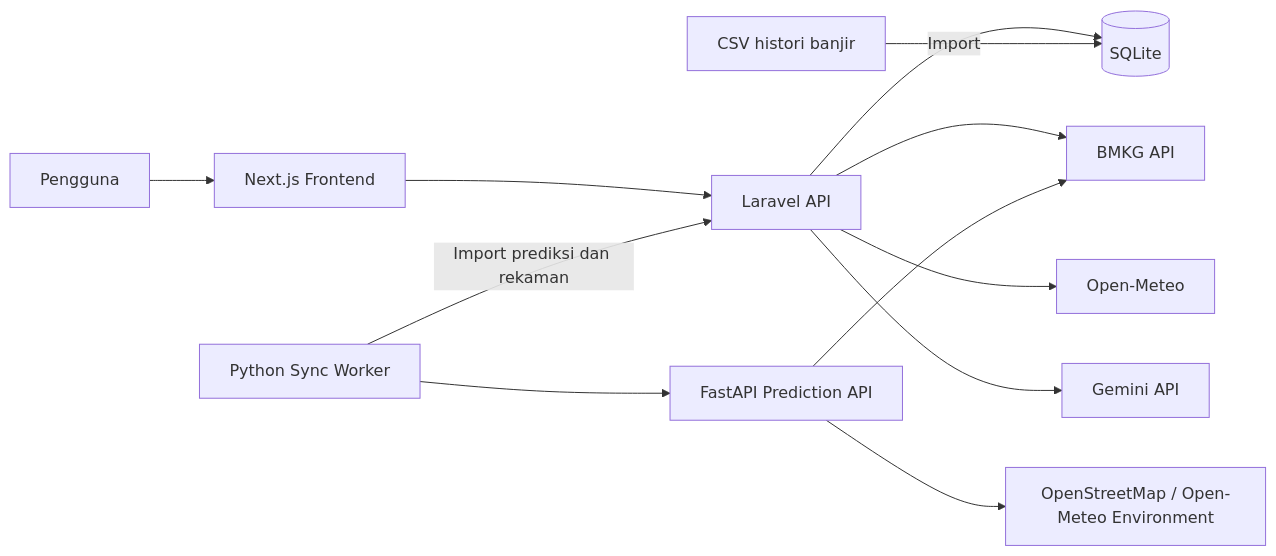
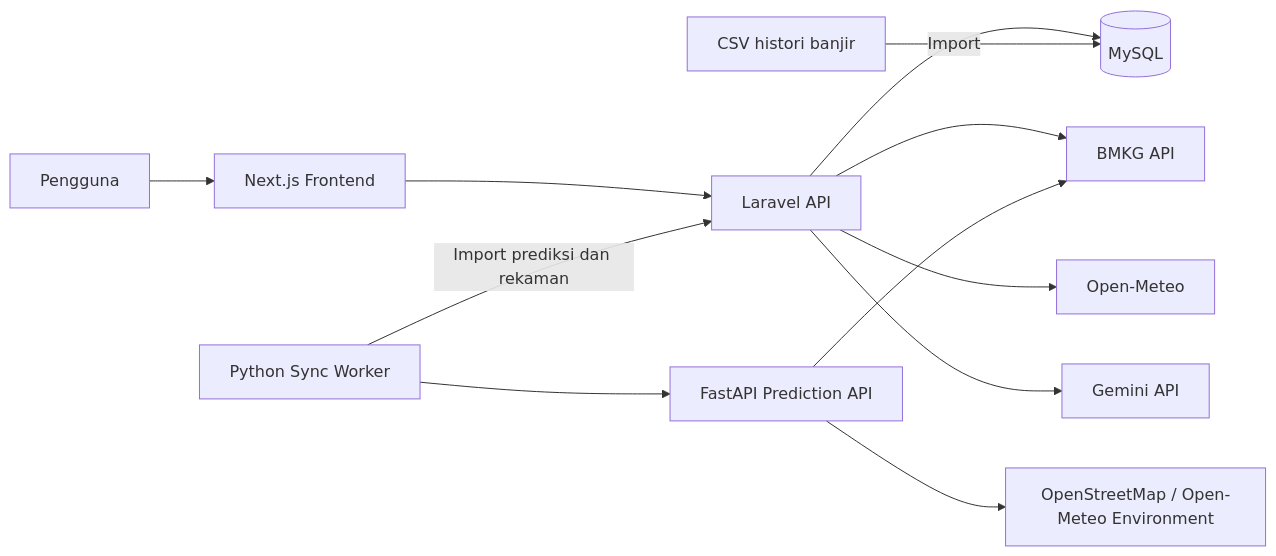
Before and after one commit to Ryan-Task/SIGAB: the diagram in README.md, drawn with Mermaid. The commit also changed other lines of this file, not shown here.

````diff
--- a/README.md
+++ b/README.md
@@ -71,14 +71,14 @@
 ```mermaid
 flowchart LR
     U[Pengguna] --> F[Next.js Frontend]
     F --> L[Laravel API]
-    L --> DB[(SQLite)]
+    L --> DB[(MySQL)]
     L --> BMKG[BMKG API]
     L --> OM[Open-Meteo]
     L --> G[Gemini API]
     W[Python Sync Worker] --> B[FastAPI Prediction API]
     B --> BMKG
     B --> ENV[OpenStreetMap / Open-Meteo Environment]
     W -->|Import prediksi dan rekaman| L
     CSV[CSV histori banjir] -->|Import| DB
 ```
````
